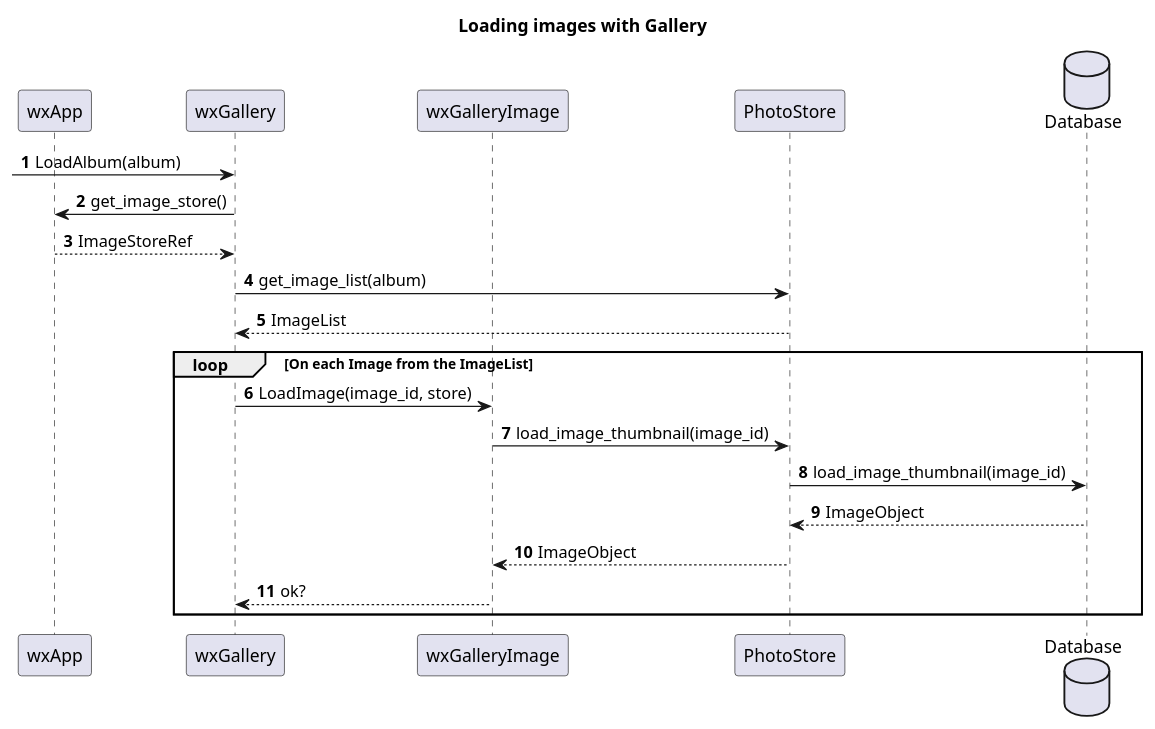
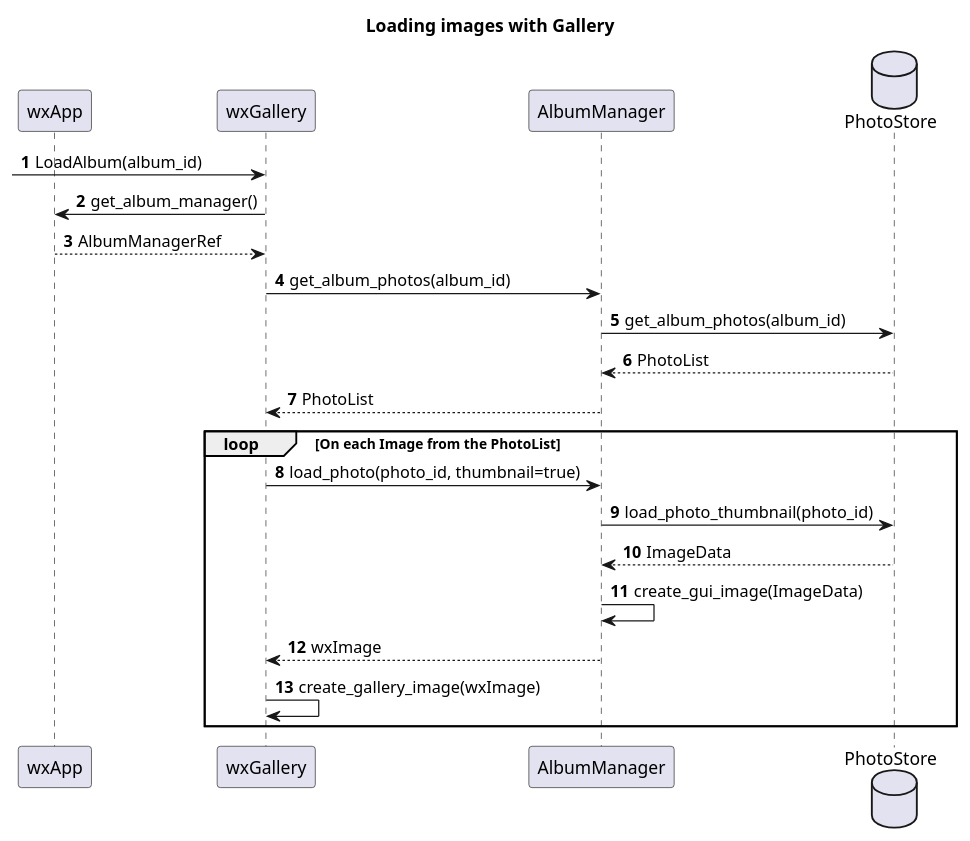
The diagram in docs/image-loading.puml (jorgemb/image-manager), drawn with PlantUML before and after one commit. The commit also changed 20 other files, not shown here.

Commit message:
Adding album manager definitions.

```diff
--- a/docs/image-loading.puml
+++ b/docs/image-loading.puml
@@ -1,28 +1,29 @@
 @startuml
 'https://plantuml.com/sequence-diagram
 
 title Loading images with Gallery
 participant     wxApp as app
 participant     wxGallery as gallery
-participant     wxGalleryImage as image
-participant     PhotoStore as store
-database        Database as db
+participant     AlbumManager as manager
+database        PhotoStore as store
 
 autonumber
 
--> gallery : LoadAlbum(album)
-gallery -> app : get_image_store()
-app --> gallery : ImageStoreRef
-gallery -> store : get_image_list(album)
-store --> gallery : ImageList
+-> gallery : LoadAlbum(album_id)
+gallery -> app : get_album_manager()
+app --> gallery : AlbumManagerRef
+gallery -> manager : get_album_photos(album_id)
+manager -> store : get_album_photos(album_id)
+store --> manager : PhotoList
+manager --> gallery : PhotoList
 
-loop On each Image from the ImageList
-    gallery -> image : LoadImage(image_id, store)
-    image -> store : load_image_thumbnail(image_id)
-    store -> db : load_image_thumbnail(image_id)
-    db --> store : ImageObject
-    store --> image : ImageObject
-    image --> gallery : ok?
+loop On each Image from the PhotoList
+    gallery -> manager : load_photo(photo_id, thumbnail=true)
+    manager -> store : load_photo_thumbnail(photo_id)
+    store --> manager : ImageData
+    manager -> manager : create_gui_image(ImageData)
+    manager --> gallery : wxImage
+    gallery -> gallery: create_gallery_image(wxImage)
 end
 
 @enduml
```
